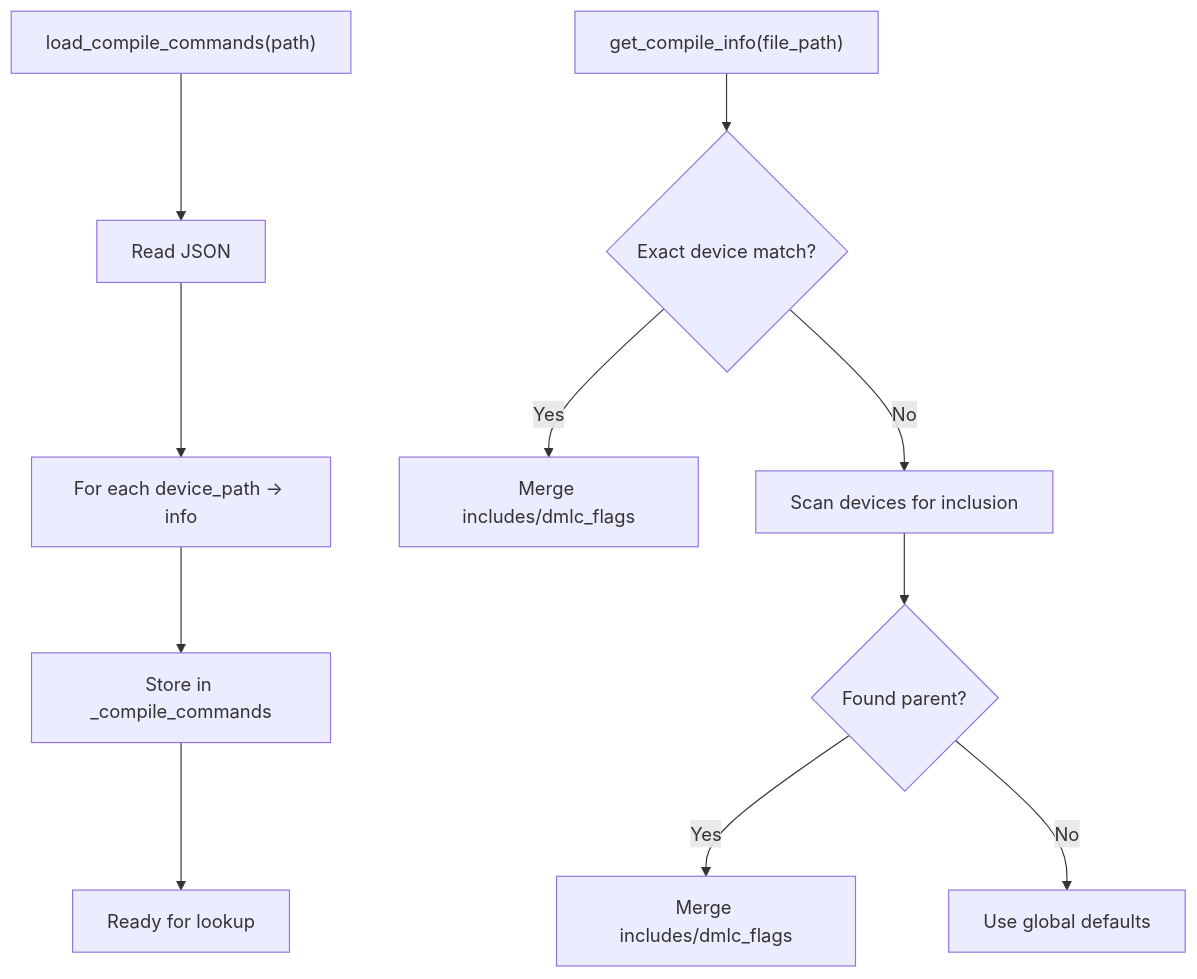
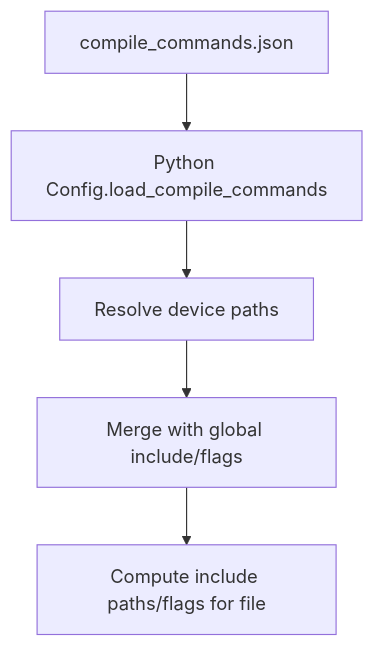
One commit to fenghaitao/dml-language-server changed the eighth of 9 diagrams in .qoder/repowiki/en/content/Configuration Management.md. Above: the diagram before and after it, drawn with Mermaid. The commit also changed other lines of this file and 119 other files, not shown here.

````diff
--- a/.qoder/repowiki/en/content/Configuration Management.md
+++ b/.qoder/repowiki/en/content/Configuration Management.md
@@ -270,13 +347,7 @@
 ```mermaid
 flowchart TD
-Load["load_compile_commands(path)"] --> Read["Read JSON"]
-Read --> ForEach["For each device_path -> info"]
-ForEach --> Store["Store in _compile_commands"]
-Store --> Done["Ready for lookup"]
-Lookup["get_compile_info(file_path)"] --> Exact{"Exact device match?"}
-Exact --> |Yes| Merge1["Merge includes/dmlc_flags"]
-Exact --> |No| Parent["Scan devices for inclusion"]
-Parent --> Found{"Found parent?"}
-Found --> |Yes| Merge2["Merge includes/dmlc_flags"]
-Found --> |No| Default["Use global defaults"]
+CCFile["compile_commands.json"] --> PyCfg["Python Config.load_compile_commands"]
+PyCfg --> Resolve["Resolve device paths"]
+Resolve --> Merge["Merge with global include/flags"]
+Merge --> Compute["Compute include paths/flags for file"]
 ```
````
